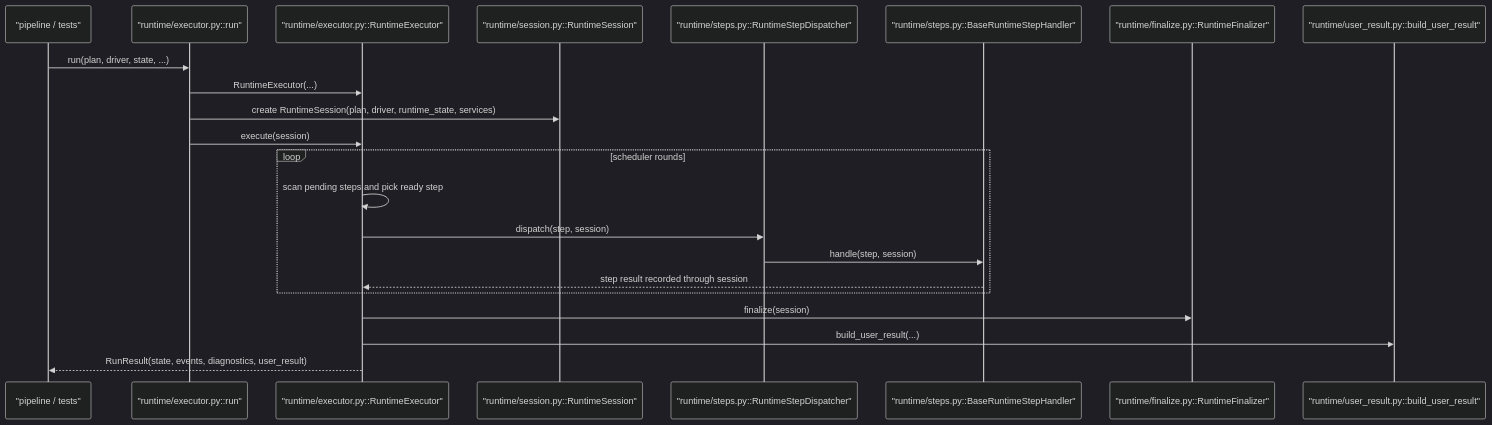
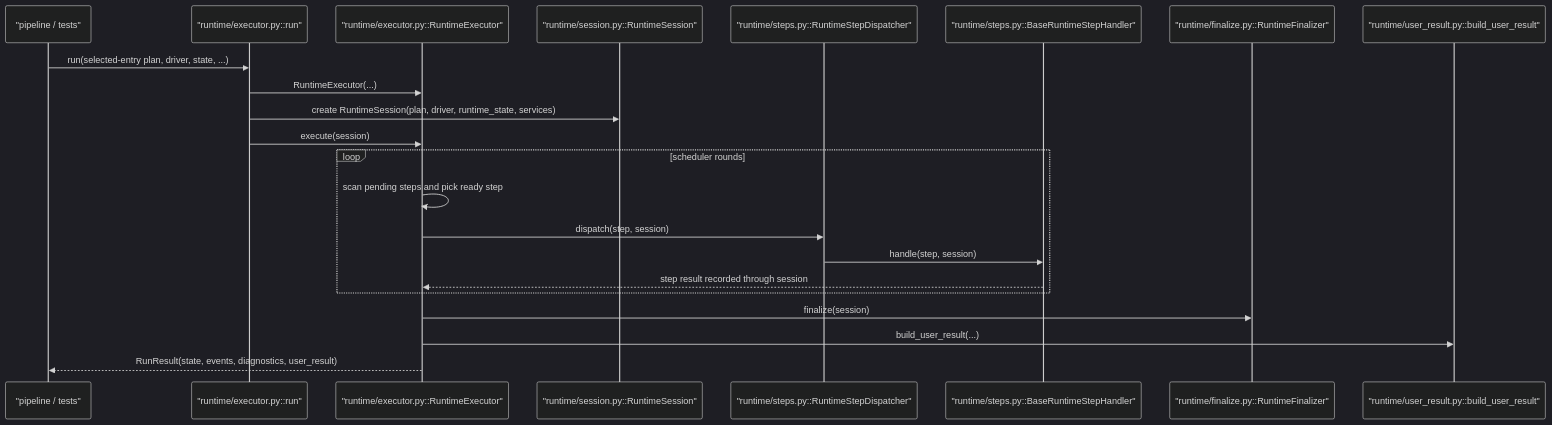
Before and after one commit to culsma/culsma: the second of 7 diagrams in docs/architecture/runtime_module_diagrams.md, drawn with Mermaid (dark theme). The commit also changed other lines of this file and 30 other files, not shown here.

````diff
--- a/docs/architecture/runtime_module_diagrams.md
+++ b/docs/architecture/runtime_module_diagrams.md
@@ -92,27 +94,27 @@
 ```mermaid
 sequenceDiagram
     participant Caller as "pipeline / tests"
     participant API as "runtime/executor.py::run"
     participant Exec as "runtime/executor.py::RuntimeExecutor"
     participant Session as "runtime/session.py::RuntimeSession"
     participant Disp as "runtime/steps.py::RuntimeStepDispatcher"
     participant H as "runtime/steps.py::BaseRuntimeStepHandler"
     participant Final as "runtime/finalize.py::RuntimeFinalizer"
     participant User as "runtime/user_result.py::build_user_result"
 
-    Caller->>API: run(plan, driver, state, ...)
+    Caller->>API: run(selected-entry plan, driver, state, ...)
     API->>Exec: RuntimeExecutor(...)
     API->>Session: create RuntimeSession(plan, driver, runtime_state, services)
     API->>Exec: execute(session)
 
     loop scheduler rounds
         Exec->>Exec: scan pending steps and pick ready step
         Exec->>Disp: dispatch(step, session)
         Disp->>H: handle(step, session)
         H-->>Exec: step result recorded through session
     end
 
     Exec->>Final: finalize(session)
     Exec->>User: build_user_result(...)
     Exec-->>Caller: RunResult(state, events, diagnostics, user_result)
 ```
````
